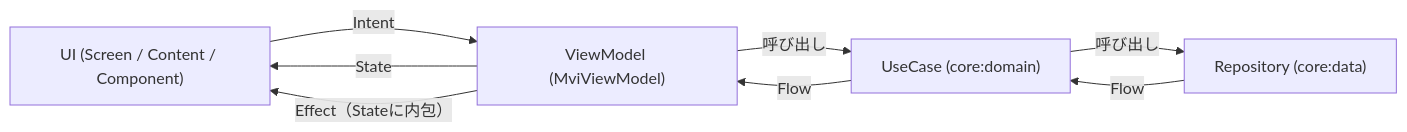
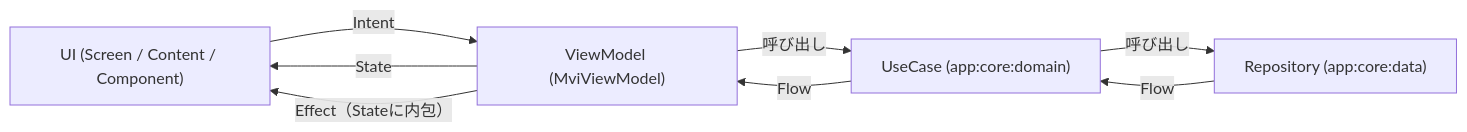
Before and after one commit to kei-1111/kei-1111.github.io: the diagram in docs/ArchitectureOverview.md, drawn with Mermaid. The commit also changed other lines of this file and 27 other files, not shown here.

````diff
--- a/docs/ArchitectureOverview.md
+++ b/docs/ArchitectureOverview.md
@@ -11,15 +11,15 @@
 ```mermaid
 flowchart LR
     UI["UI (Screen / Content / Component)"]
     VM["ViewModel (MviViewModel)"]
-    UC["UseCase (core:domain)"]
-    Repo["Repository (core:data)"]
+    UC["UseCase (app:core:domain)"]
+    Repo["Repository (app:core:data)"]
 
     UI -->|Intent| VM
     VM -->|State| UI
     VM -->|Effect（Stateに内包）| UI
     VM -->|呼び出し| UC
     UC -->|呼び出し| Repo
     Repo -->|Flow| UC
     UC -->|Flow| VM
 ```
````
